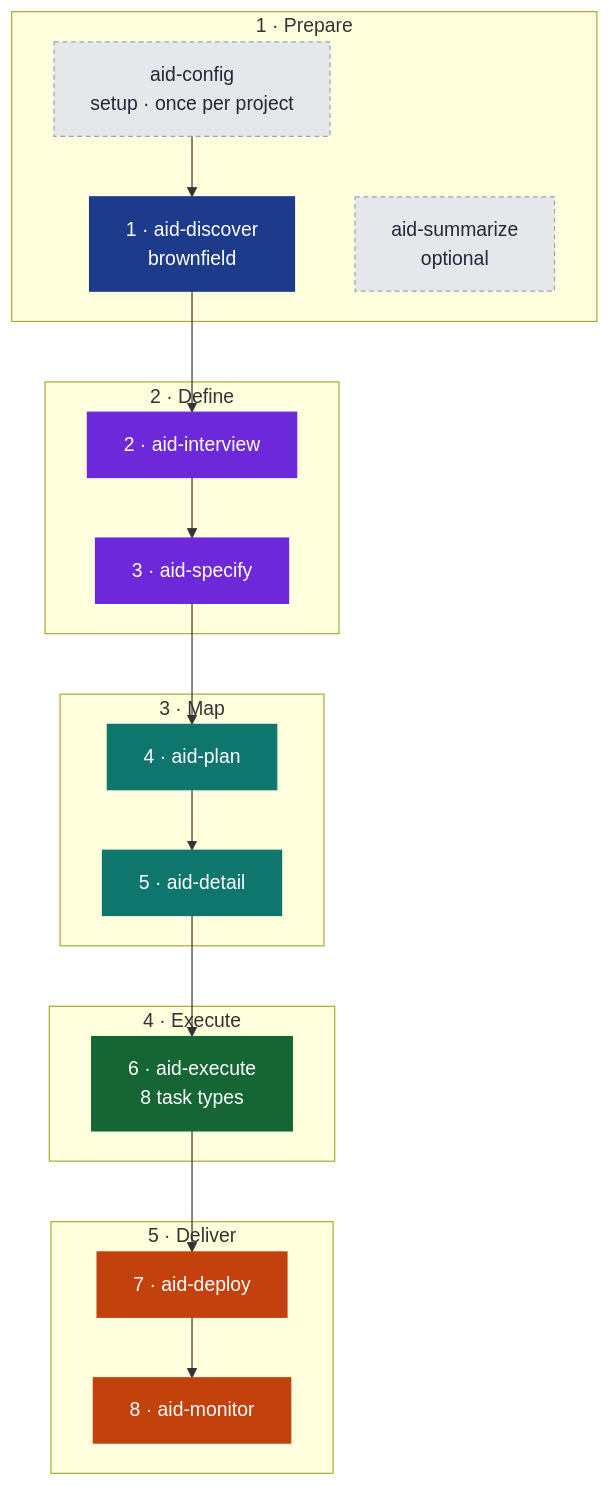
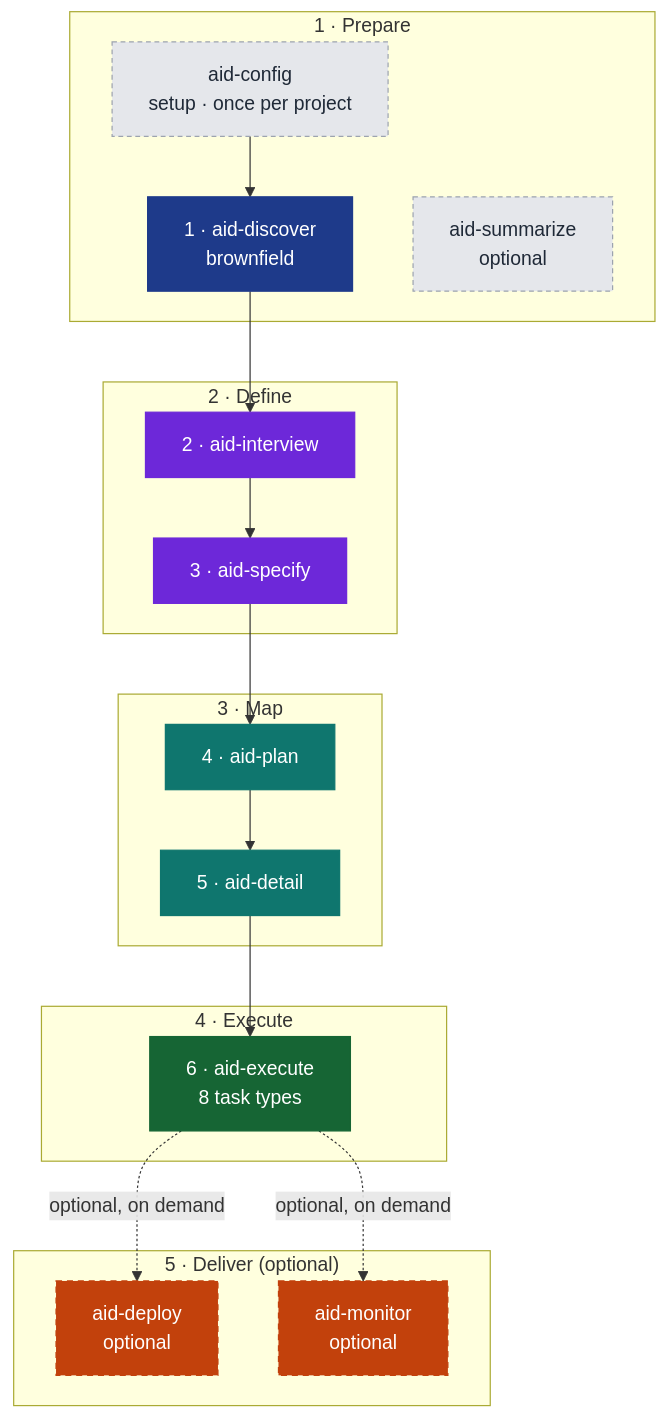
The third of 4 diagrams in methodology/aid-methodology.md (AndreVianna/aid-methodology), drawn with Mermaid before and after one commit. The commit also changed other lines of this file and 26 other files, not shown here.

````diff
--- a/methodology/aid-methodology.md
+++ b/methodology/aid-methodology.md
@@ -886,32 +1026,34 @@
 ```mermaid
 flowchart TB
     classDef prep fill:#1E3A8A,stroke:#1E3A8A,color:#ffffff
     classDef def fill:#6D28D9,stroke:#6D28D9,color:#ffffff
     classDef map fill:#0F766E,stroke:#0F766E,color:#ffffff
     classDef exe fill:#166534,stroke:#166534,color:#ffffff
-    classDef del fill:#C2410C,stroke:#C2410C,color:#ffffff
+    classDef del fill:#C2410C,stroke:#C2410C,color:#ffffff,stroke-dasharray:5 4
     classDef aux fill:#E5E7EB,stroke:#9CA3AF,color:#1F2937,stroke-dasharray:4 3
 
     subgraph G1[" 1 · Prepare "]
         Init["aid-config<br/>setup · once per project"]:::aux
         Disc["1 · aid-discover<br/>brownfield"]:::prep
         Sum["aid-summarize<br/>optional"]:::aux
     end
     subgraph G2[" 2 · Define "]
         Intv["2 · aid-interview"]:::def
         Spec["3 · aid-specify"]:::def
     end
     subgraph G3[" 3 · Map "]
         Plan["4 · aid-plan"]:::map
         Det["5 · aid-detail"]:::map
     end
     subgraph G4[" 4 · Execute "]
         Exe["6 · aid-execute<br/>8 task types"]:::exe
     end
-    subgraph G5[" 5 · Deliver "]
-        Dep["7 · aid-deploy"]:::del
-        Mon["8 · aid-monitor"]:::del
+    subgraph G5[" 5 · Deliver (optional) "]
+        Dep["aid-deploy<br/>optional"]:::del
+        Mon["aid-monitor<br/>optional"]:::del
     end
 
-    Init --> Disc --> Intv --> Spec --> Plan --> Det --> Exe --> Dep --> Mon
+    Init --> Disc --> Intv --> Spec --> Plan --> Det --> Exe
+    Exe -. "optional, on demand" .-> Dep
+    Exe -. "optional, on demand" .-> Mon
 ```
````
